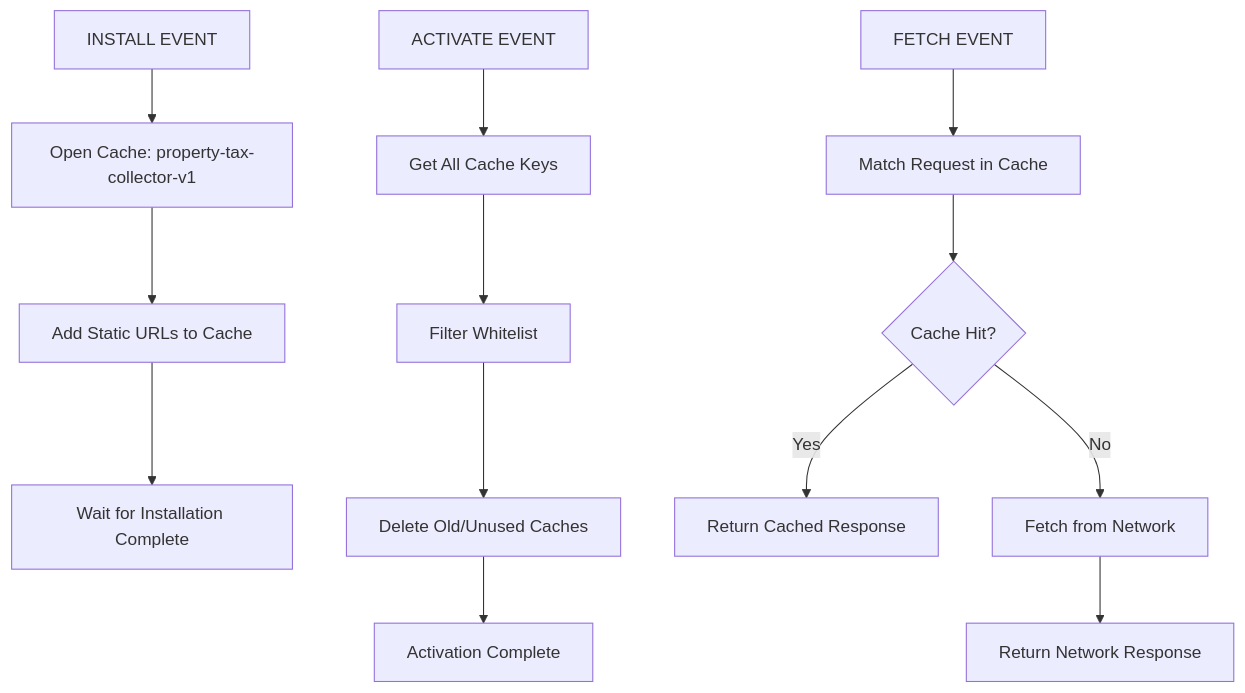
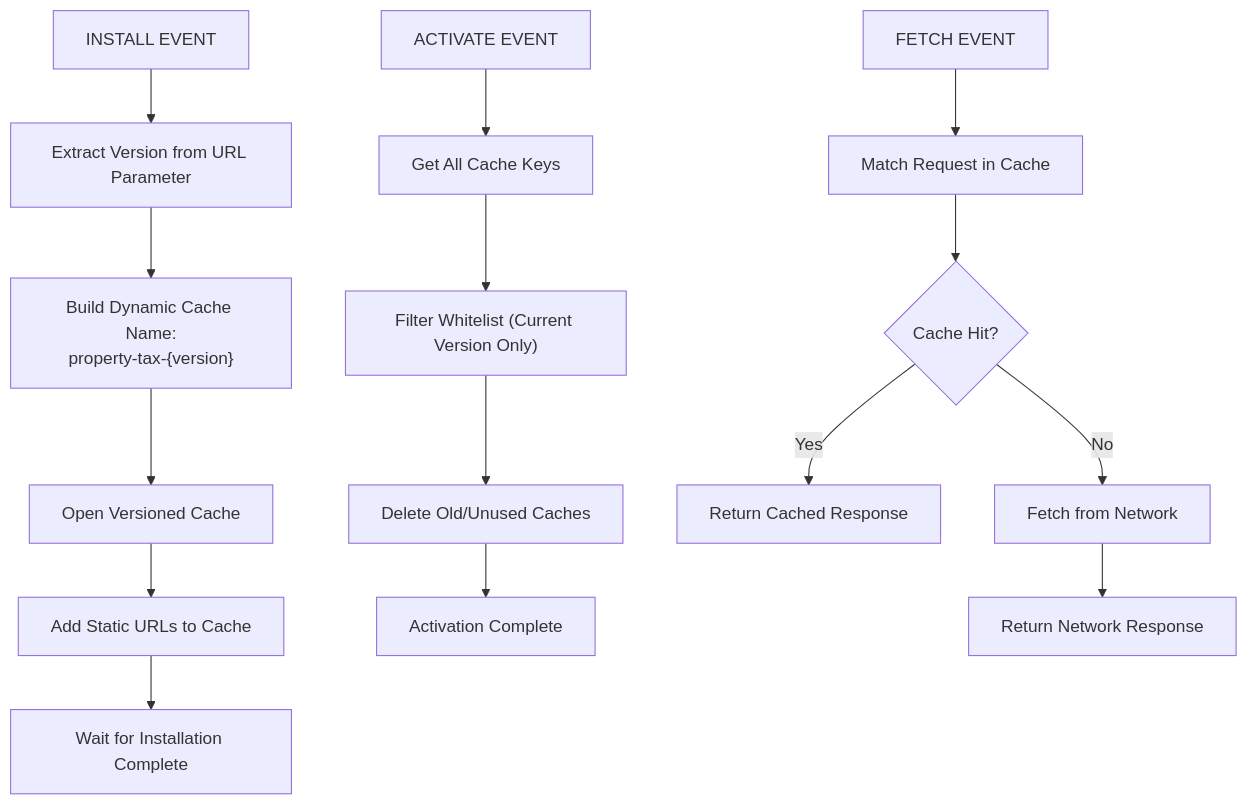
Before and after one commit to enga018/newserchhipnorthvc: the third of 7 diagrams in .qoder/repowiki/en/content/Technical Architecture/Progressive Web App Implementation.md, drawn with Mermaid. The commit also changed other lines of this file and 10 other files, not shown here.

````diff
--- a/.qoder/repowiki/en/content/Technical Architecture/Progressive Web App Implementation.md
+++ b/.qoder/repowiki/en/content/Technical Architecture/Progressive Web App Implementation.md
@@ -115,15 +122,17 @@
 ```mermaid
 flowchart TD
-Install["INSTALL EVENT"] --> OpenCache["Open Cache: property-tax-collector-v1"]
+Install["INSTALL EVENT"] --> ExtractVersion["Extract Version from URL Parameter"]
+ExtractVersion --> BuildCacheName["Build Dynamic Cache Name:<br/>property-tax-{version}"]
+BuildCacheName --> OpenCache["Open Versioned Cache"]
 OpenCache --> AddUrls["Add Static URLs to Cache"]
 AddUrls --> WaitInstall["Wait for Installation Complete"]
 Activate["ACTIVATE EVENT"] --> GetKeys["Get All Cache Keys"]
-GetKeys --> Filter["Filter Whitelist"]
+GetKeys --> Filter["Filter Whitelist (Current Version Only)"]
 Filter --> DeleteOld["Delete Old/Unused Caches"]
 DeleteOld --> Ready["Activation Complete"]
 Fetch["FETCH EVENT"] --> MatchCache["Match Request in Cache"]
 MatchCache --> CacheHit{"Cache Hit?"}
 CacheHit --> |Yes| ReturnCache["Return Cached Response"]
 CacheHit --> |No| FetchNetwork["Fetch from Network"]
 FetchNetwork --> ReturnNetwork["Return Network Response"]
 ```
````
